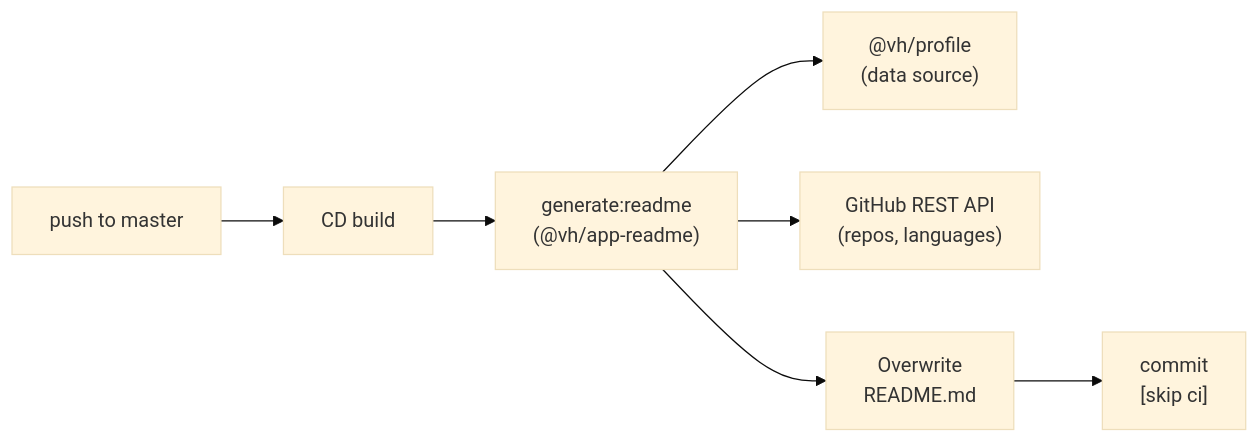
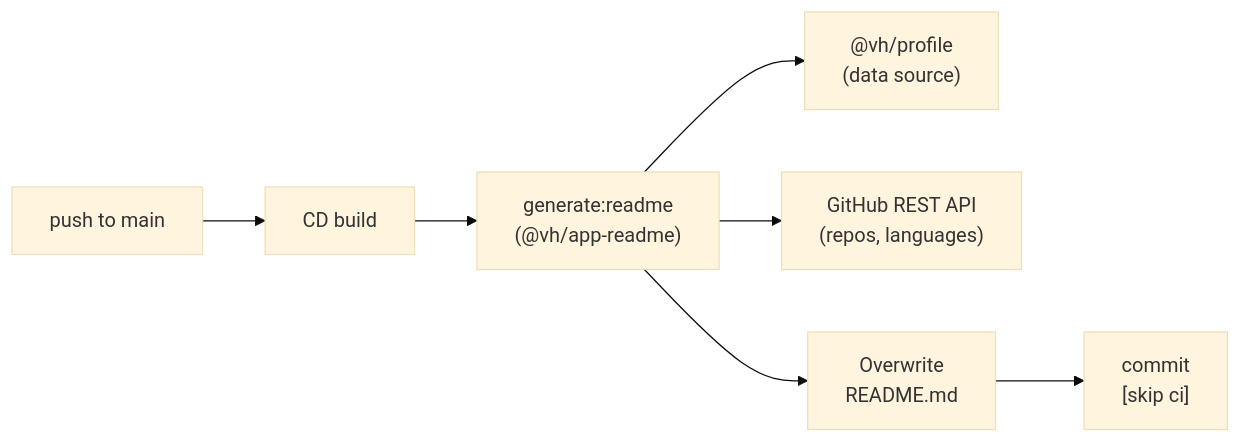
One commit to virgenherrera/virgenherrera changed the diagram in apps/readme/README.md. Above: the diagram before and after it, drawn with Mermaid (base theme). The commit also changed other lines of this file and 4 other files, not shown here.

First line of the commit message:
chore: rename default branch references from master to main

````diff
--- a/apps/readme/README.md
+++ b/apps/readme/README.md
@@ -71,9 +71,9 @@
 ```mermaid
 graph LR
-    A["push to master"] --> B["CD build"]
+    A["push to main"] --> B["CD build"]
     B --> C["generate:readme\n(@vh/app-readme)"]
     C --> D["@vh/profile\n(data source)"]
     C --> E["GitHub REST API\n(repos, languages)"]
     C --> F["Overwrite\nREADME.md"]
     F --> G["commit\n[skip ci]"]
 ```
````
